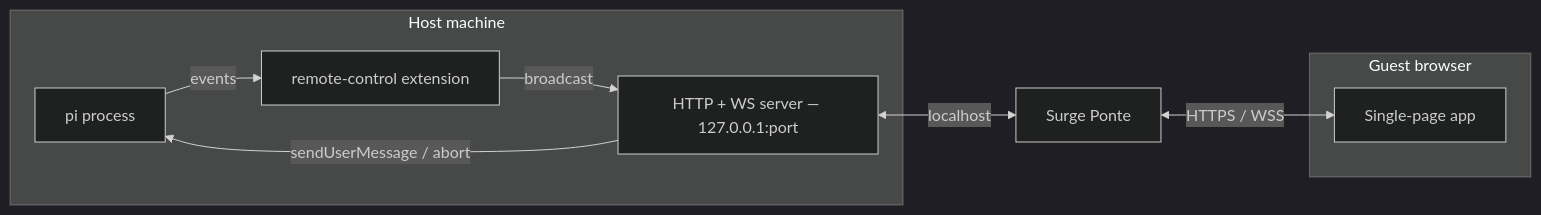
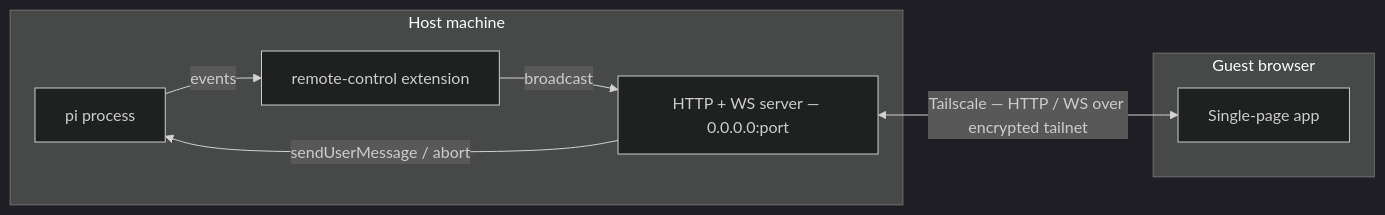
One commit to goofansu/pi-remote-control changed the first of 3 diagrams in docs/ARCHITECTURE.md. Above: the diagram before and after it, drawn with Mermaid (dark theme). The commit also changed other lines of this file and 3 other files, not shown here.

First line of the commit message:
Reach server directly over Tailscale instead of Surge Ponte

````diff
--- a/docs/ARCHITECTURE.md
+++ b/docs/ARCHITECTURE.md
@@ -14,20 +16,17 @@
 ```mermaid
 graph LR
     subgraph Host["Host machine"]
         PI["pi process"]
         EXT["remote-control extension"]
-        SRV["HTTP + WS server — 127.0.0.1:port"]
+        SRV["HTTP + WS server — 0.0.0.0:port"]
         PI -->|events| EXT
         EXT -->|broadcast| SRV
         SRV -->|sendUserMessage / abort| PI
     end
 
-    PROXY["Surge Ponte"]
-    SRV <-->|localhost| PROXY
-
     subgraph Guest["Guest browser"]
         UI["Single-page app"]
     end
 
-    PROXY <-->|HTTPS / WSS| UI
+    SRV <-->|Tailscale — HTTP / WS over encrypted tailnet| UI
 ```
````
